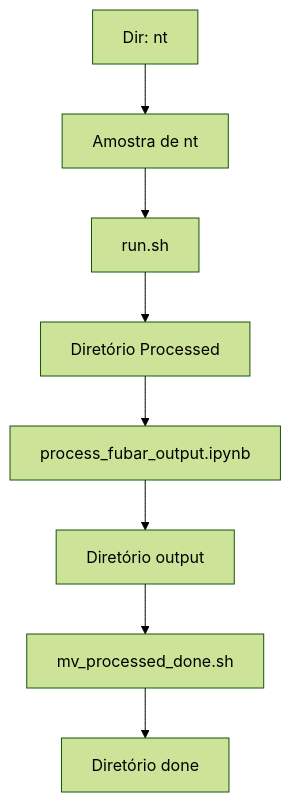
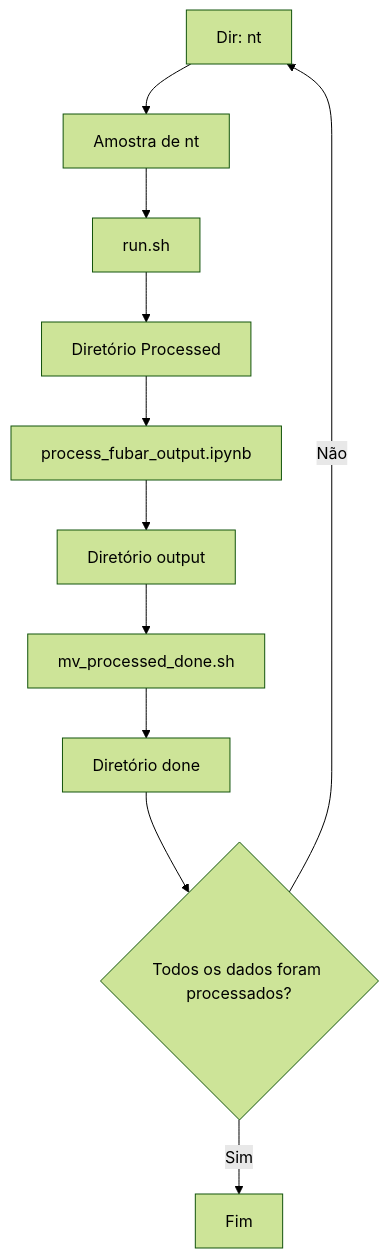
Before and after one commit to hermengardo/IC: the diagram in Relatórios/relatório_28_07_2025.md, drawn with Mermaid (forest theme).

````diff
--- a/Relatórios/relatório_28_07_2025.md
+++ b/Relatórios/relatório_28_07_2025.md
@@ -75,10 +75,14 @@
 ```mermaid
 flowchart TB
   A[Dir: nt] --> B[Amostra de nt]
   B --> C[run.sh]
   C --> D[Diretório Processed]
   D --> E[process_fubar_output.ipynb]
   E --> F[Diretório output]
   F --> G[mv_processed_done.sh]
   G --> H[Diretório done]
+  H --> I{Todos os dados foram processados?}
+  I --> |Sim| J[Fim]
+  I --> |Não| A
+
 ```
````
